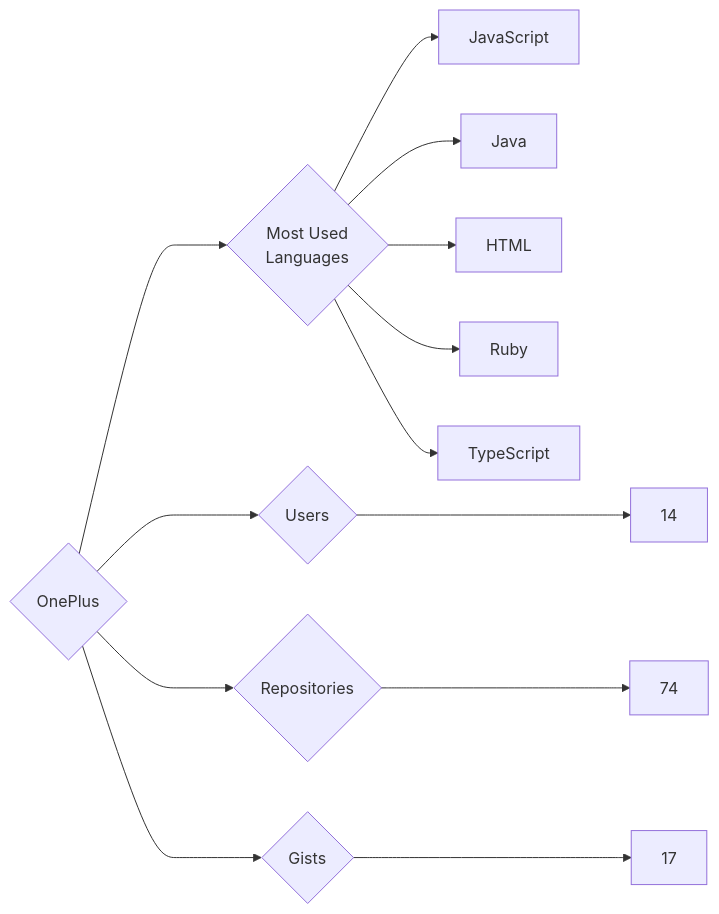
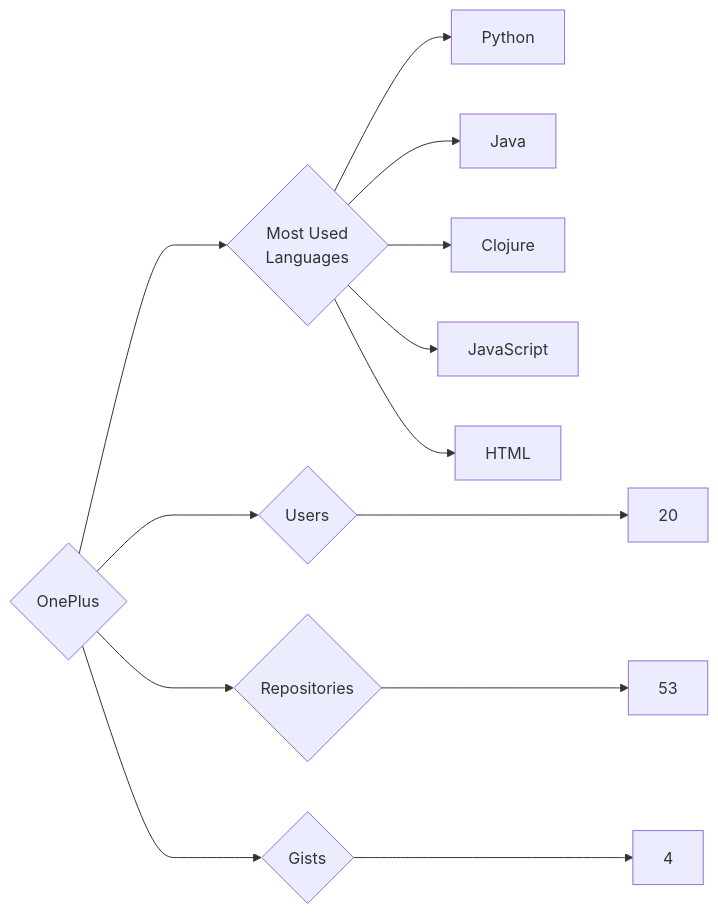
The diagram in targets/OnePlus/README.md (trickest/insiders), drawn with Mermaid before and after one commit. The commit also changed 1479 other files, not shown here.

````diff
--- a/targets/OnePlus/README.md
+++ b/targets/OnePlus/README.md
@@ -3,13 +3,13 @@
 ```mermaid
 graph LR
 COMPANY_NAME{OnePlus}
-COMPANY_NAME ---> U{Users} ---> UN[14]
-COMPANY_NAME ---> R{Repositories} ---> RN[74]
-COMPANY_NAME ---> G{Gists} ---> GN[17]
+COMPANY_NAME ---> U{Users} ---> UN[20]
+COMPANY_NAME ---> R{Repositories} ---> RN[53]
+COMPANY_NAME ---> G{Gists} ---> GN[4]
 COMPANY_NAME ---> ML{Most Used<br>Languages}
+ML --> Python[Python]
+ML --> Java[Java]
+ML --> Clojure[Clojure]
 ML --> JavaScript[JavaScript]
-ML --> Java[Java]
 ML --> HTML[HTML]
-ML --> Ruby[Ruby]
-ML --> TypeScript[TypeScript]
 ```
````
